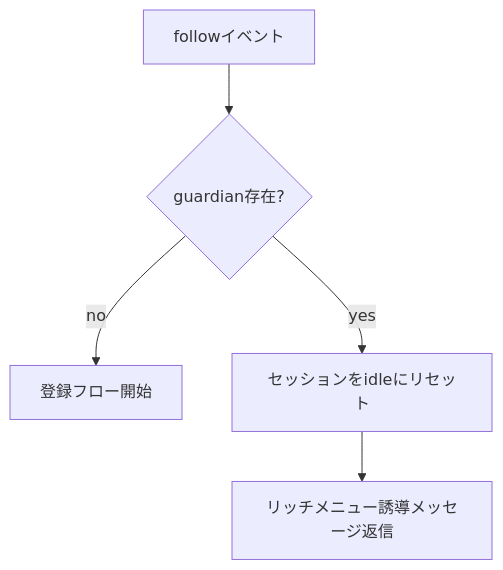
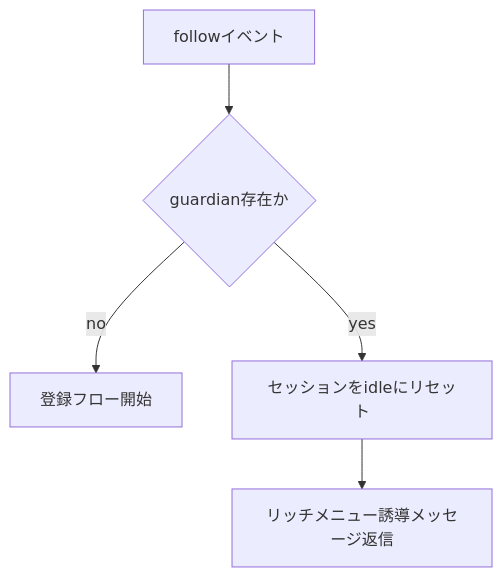
One commit to wakodai/free-school-try5 changed the second of 10 diagrams in docs/line-flow-diagrams.md. Above: the diagram before and after it, drawn with Mermaid. The commit also changed other lines of this file, not shown here.

Commit message:
Mermaid図のパースエラー表記を修正

````diff
--- a/docs/line-flow-diagrams.md
+++ b/docs/line-flow-diagrams.md
@@ -23,7 +23,7 @@
 ```mermaid
 flowchart TD
-  A[followイベント] --> B{guardian存在?}
+  A[followイベント] --> B{guardian存在か}
   B -->|no| C[登録フロー開始]
   B -->|yes| D[セッションをidleにリセット]
   D --> E[リッチメニュー誘導メッセージ返信]
 ```
````
